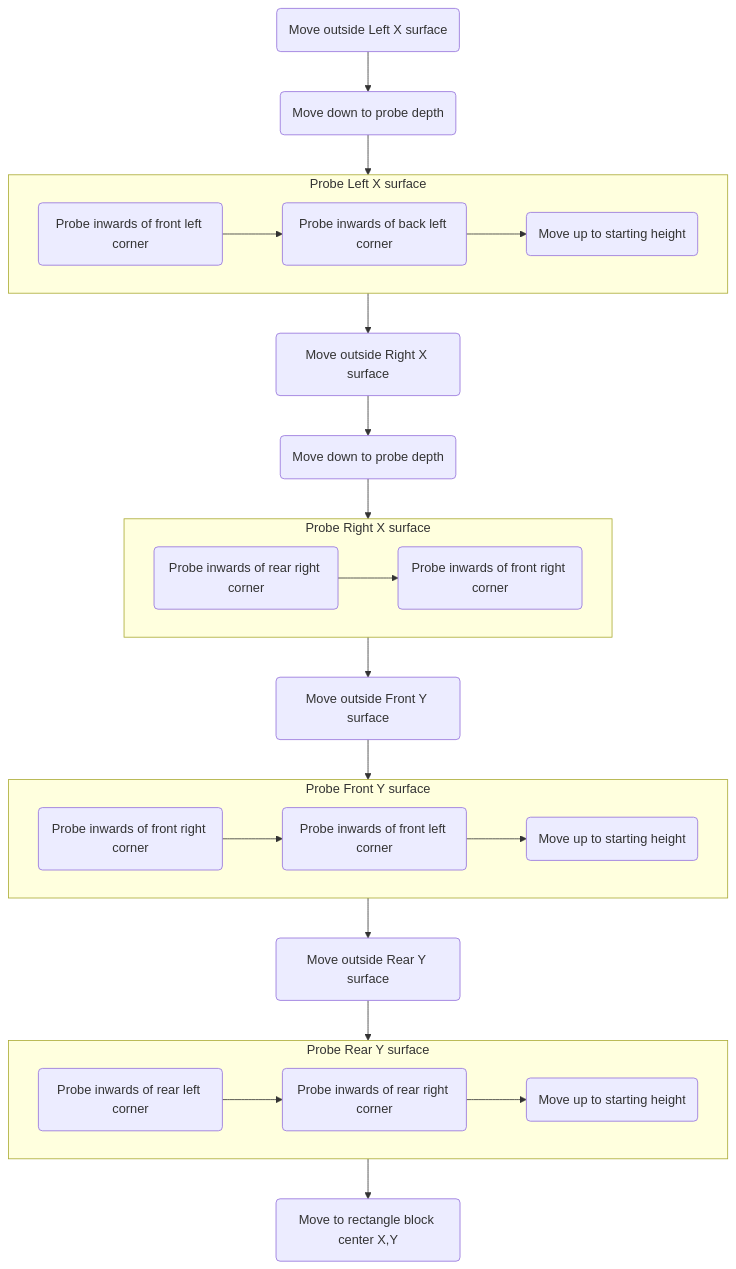
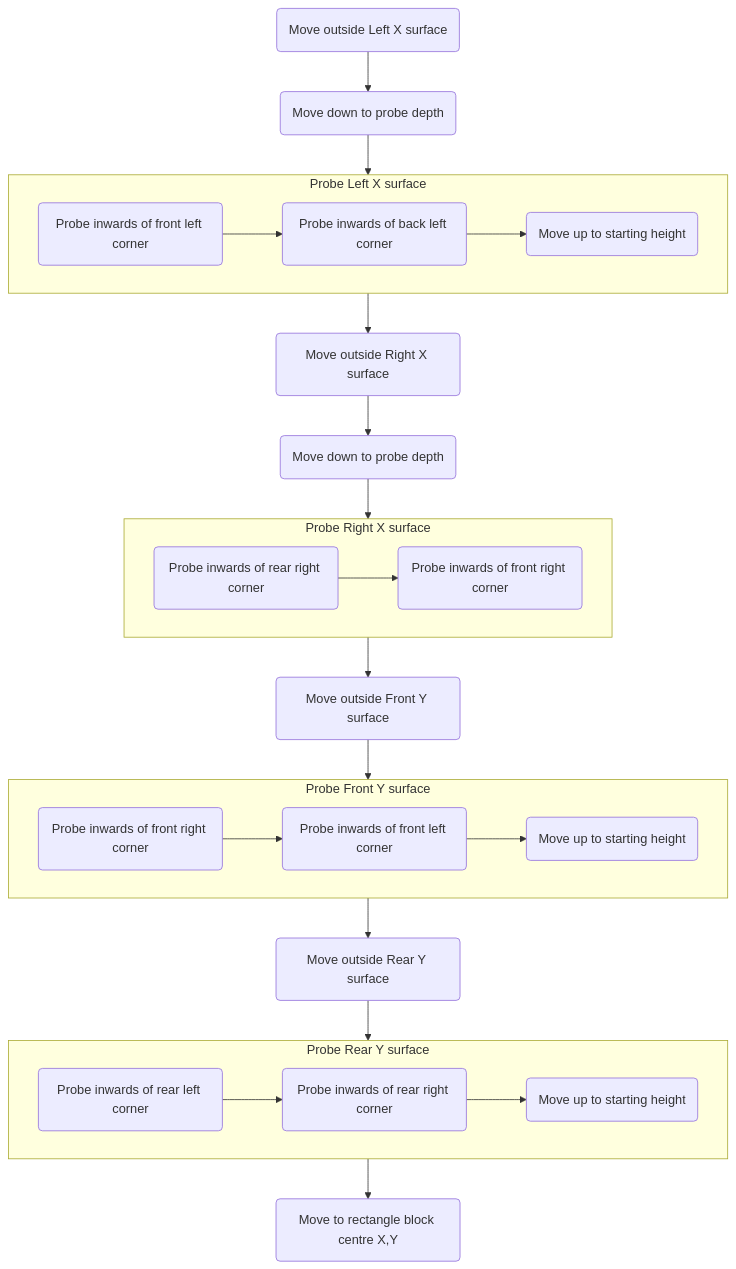
Before and after one commit to MillenniumMachines/millenniummachines.github.io: the seventh of 10 diagrams in docs/millennium-os/manual/chapters/30_usage.md, drawn with Mermaid. The commit also changed other lines of this file and 2 other files, not shown here.

````diff
--- a/docs/millennium-os/manual/chapters/30_usage.md
+++ b/docs/millennium-os/manual/chapters/30_usage.md
@@ -329,32 +346,32 @@
 ```mermaid
 flowchart TB
     1(Move outside Left X surface) -->
     2(Move down to probe depth)
     subgraph A1[Probe Left X surface]
         3(Probe inwards of front left corner) -->
         4(Probe inwards of back left corner) -->
         5(Move up to starting height)
     end
     6(Move outside Right X surface) -->
     7(Move down to probe depth)
     subgraph A2[Probe Right X surface]
         8(Probe inwards of rear right corner) -->
         9(Probe inwards of front right corner)
     end
     10(Move outside Front Y surface)
     subgraph A3[Probe Front Y surface]
         11(Probe inwards of front right corner) -->
         12(Probe inwards of front left corner) -->
         13(Move up to starting height)
     end
     14(Move outside Rear Y surface)
     subgraph A4[Probe Rear Y surface]
         15(Probe inwards of rear left corner) -->
         16(Probe inwards of rear right corner) -->
         17(Move up to starting height)
     end
-    18(Move to rectangle block center X,Y)
+    18(Move to rectangle block centre X,Y)
 
     2 --> A1 --> 6
     7 --> A2 --> 10 --> A3 --> 14 --> A4 --> 18
 ```
````
